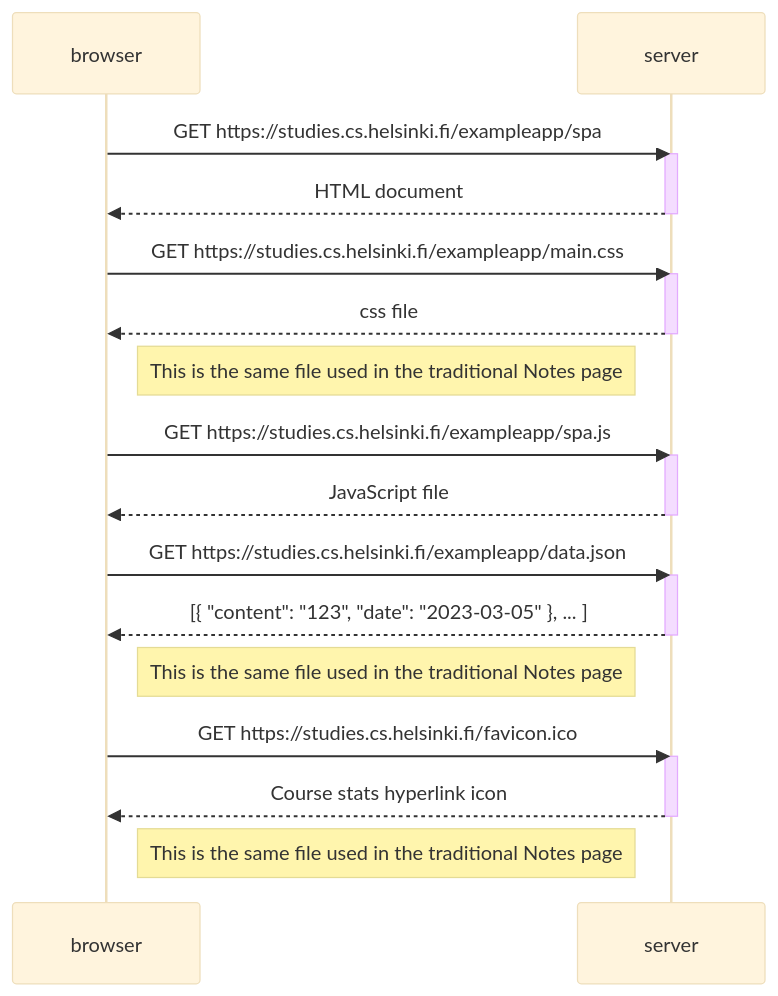
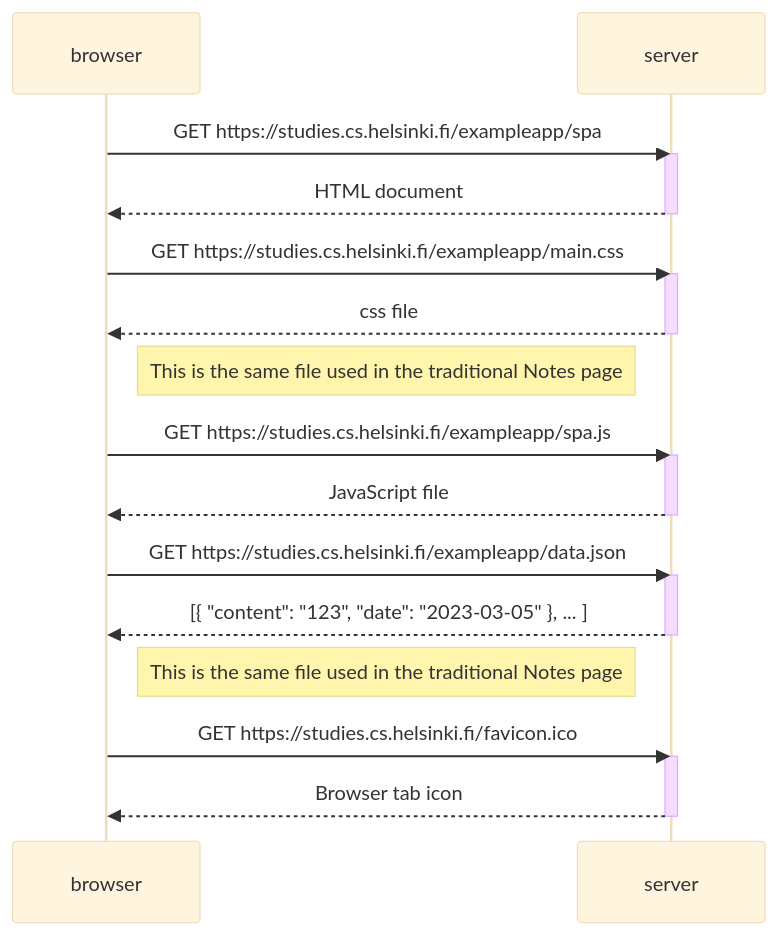
Before and after one commit to KennyHermus/FullstackOpen: the diagram in part0/ex5.md, drawn with Mermaid (base theme). The commit also changed 26 other files, not shown here.

````diff
--- a/part0/ex5.md
+++ b/part0/ex5.md
@@ -1,36 +1,34 @@
 ```mermaid
 sequenceDiagram
     participant browser
     participant server
     
     browser->>server: GET https://studies.cs.helsinki.fi/exampleapp/spa
     activate server
     server-->>browser: HTML document
     deactivate server
     
     browser->>server: GET https://studies.cs.helsinki.fi/exampleapp/main.css
     activate server
     server-->>browser: css file
     deactivate server
 
     Note right of browser: This is the same file used in the traditional Notes page
     
     browser->>server: GET https://studies.cs.helsinki.fi/exampleapp/spa.js
     activate server
     server-->>browser: JavaScript file
     deactivate server
     
     browser->>server: GET https://studies.cs.helsinki.fi/exampleapp/data.json
     activate server
     server-->>browser: [{ "content": "123", "date": "2023-03-05" }, ... ]
     deactivate server
 
     Note right of browser: This is the same file used in the traditional Notes page
 
     browser->>server: GET https://studies.cs.helsinki.fi/favicon.ico
     activate server
-    server-->>browser: Course stats hyperlink icon
+    server-->>browser: Browser tab icon
     deactivate server
-
-    Note right of browser: This is the same file used in the traditional Notes page
 ```
````
